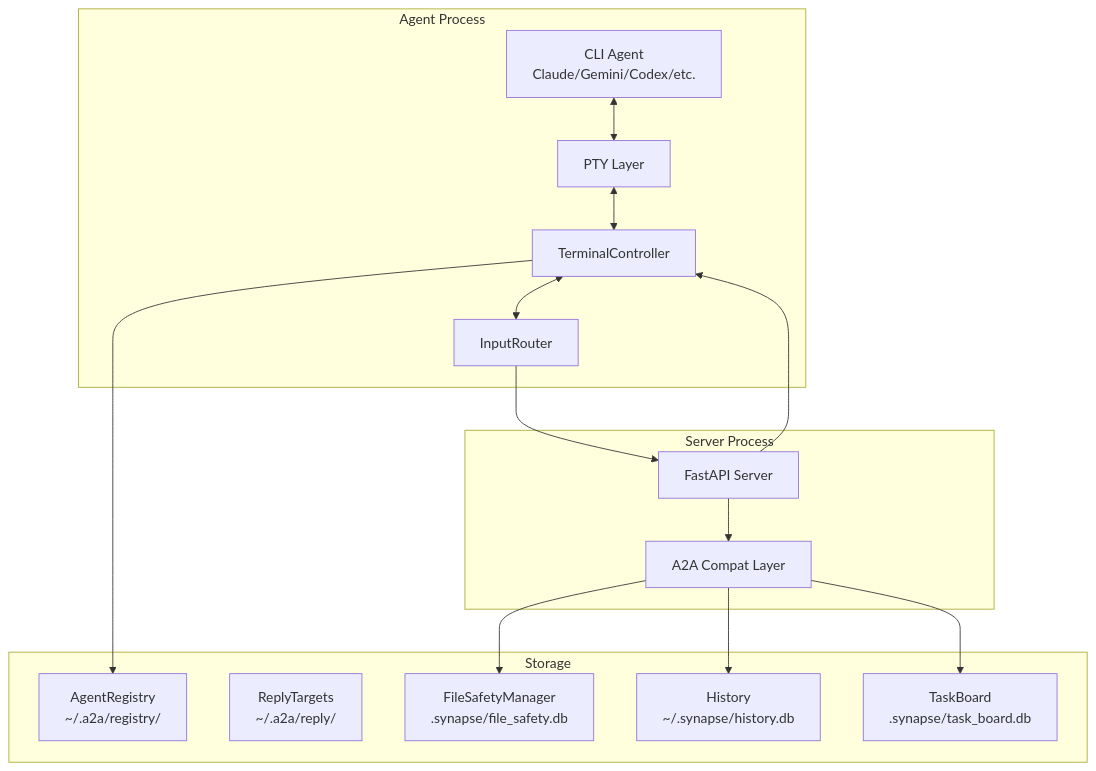
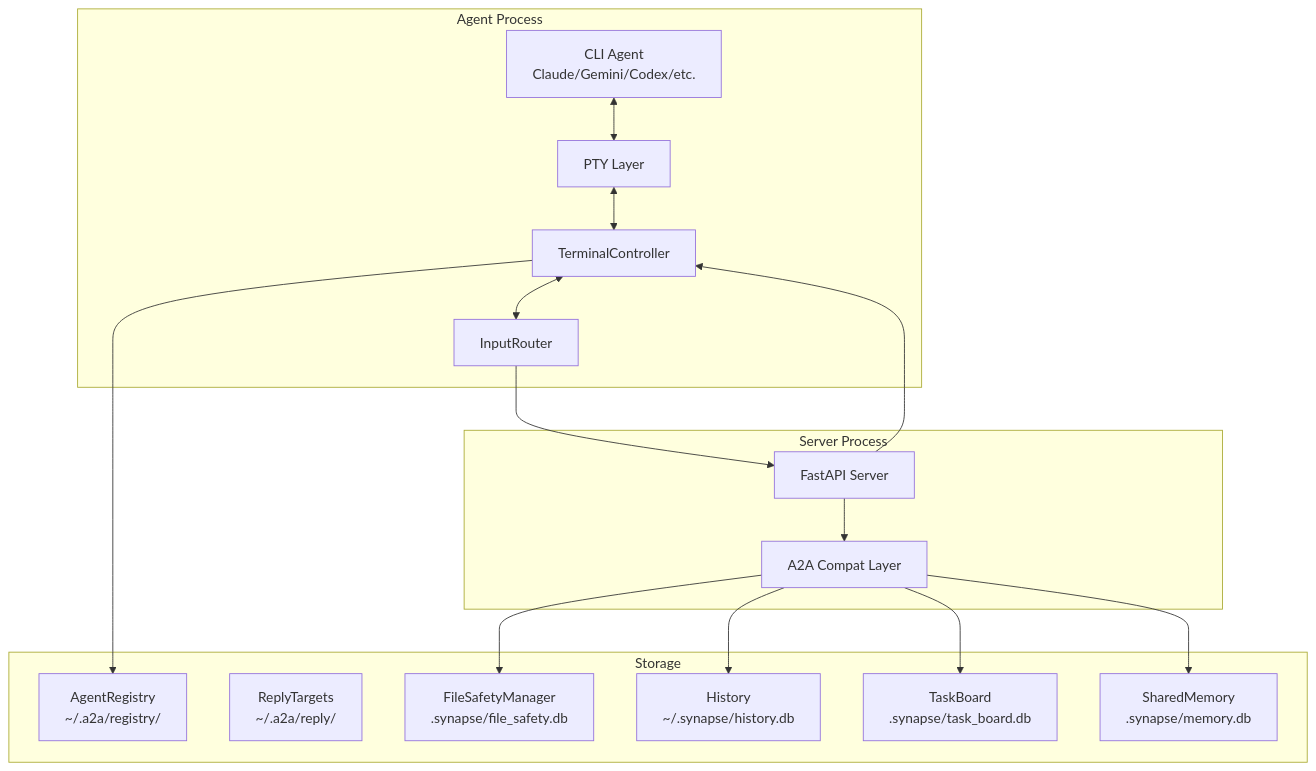
Before and after one commit to s-hiraoku/synapse-a2a: the first of 4 diagrams in site-docs/concepts/architecture.md, drawn with Mermaid. The commit also changed other lines of this file and 10 other files, not shown here.

````diff
--- a/site-docs/concepts/architecture.md
+++ b/site-docs/concepts/architecture.md
@@ -7,33 +7,35 @@
 ```mermaid
 graph TB
     subgraph "Agent Process"
         CLI[CLI Agent<br/>Claude/Gemini/Codex/etc.]
         PTY[PTY Layer]
         TC[TerminalController]
         IR[InputRouter]
         CLI <--> PTY
         PTY <--> TC
         TC <--> IR
     end
 
     subgraph "Server Process"
         FS[FastAPI Server]
         A2A[A2A Compat Layer]
         FS --> A2A
     end
 
     subgraph "Storage"
         REG[AgentRegistry<br/>~/.a2a/registry/]
         RPL[ReplyTargets<br/>~/.a2a/reply/]
         FSM[FileSafetyManager<br/>.synapse/file_safety.db]
         HIST[History<br/>~/.synapse/history.db]
         TB[TaskBoard<br/>.synapse/task_board.db]
+        SM[SharedMemory<br/>.synapse/memory.db]
     end
 
     IR --> FS
     FS --> TC
     TC --> REG
     A2A --> FSM
     A2A --> HIST
     A2A --> TB
+    A2A --> SM
 ```
````
